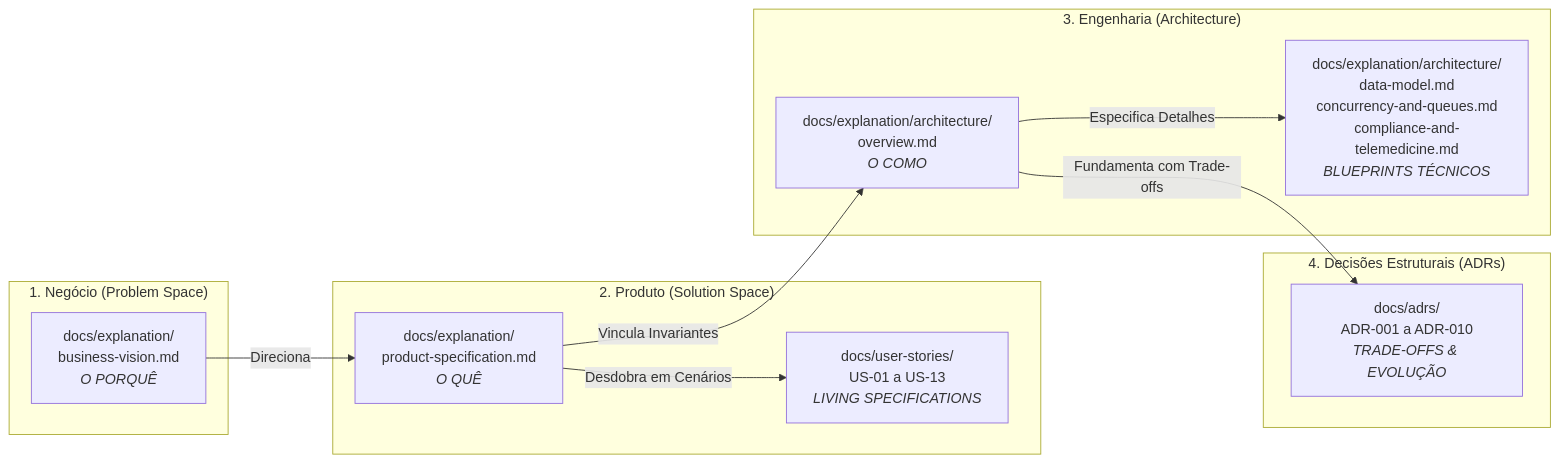
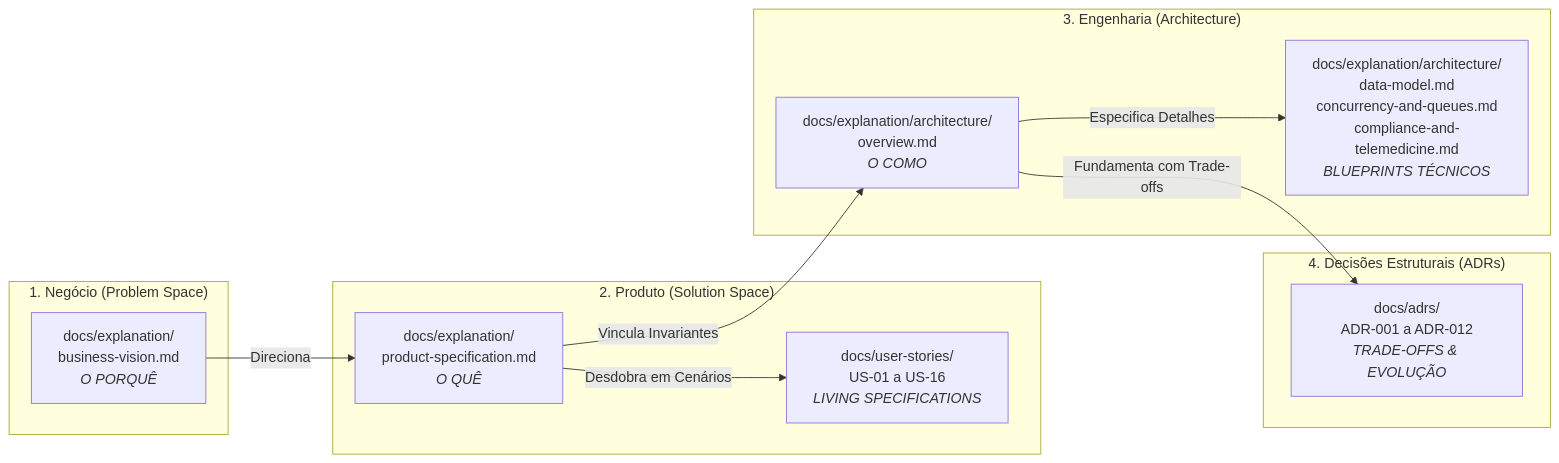
Before and after one commit to Rafaelp122/medisync: the diagram in docs/README.md, drawn with Mermaid. The commit also changed other lines of this file and 27 other files, not shown here.

````diff
--- a/docs/README.md
+++ b/docs/README.md
@@ -7,26 +7,26 @@
 ```mermaid
 flowchart LR
     subgraph P1["1. Negócio (Problem Space)"]
         BV["docs/explanation/<br/>business-vision.md<br/><i>O PORQUÊ</i>"]
     end
 
     subgraph P2["2. Produto (Solution Space)"]
         SP["docs/explanation/<br/>product-specification.md<br/><i>O QUÊ</i>"]
-        US["docs/user-stories/<br/>US-01 a US-13<br/><i>LIVING SPECIFICATIONS</i>"]
+        US["docs/user-stories/<br/>US-01 a US-16<br/><i>LIVING SPECIFICATIONS</i>"]
     end
 
     subgraph P3["3. Engenharia (Architecture)"]
         AR["docs/explanation/architecture/<br/>overview.md<br/><i>O COMO</i>"]
         BM["docs/explanation/architecture/<br/>data-model.md<br/>concurrency-and-queues.md<br/>compliance-and-telemedicine.md<br/><i>BLUEPRINTS TÉCNICOS</i>"]
     end
 
     subgraph P4["4. Decisões Estruturais (ADRs)"]
-        ADR["docs/adrs/<br/>ADR-001 a ADR-010<br/><i>TRADE-OFFS & EVOLUÇÃO</i>"]
+        ADR["docs/adrs/<br/>ADR-001 a ADR-012<br/><i>TRADE-OFFS & EVOLUÇÃO</i>"]
     end
 
     BV -->|Direciona| SP
     SP -->|Desdobra em Cenários| US
     SP -->|Vincula Invariantes| AR
     AR -->|Especifica Detalhes| BM
     AR -->|Fundamenta com Trade-offs| ADR
 ```
````
